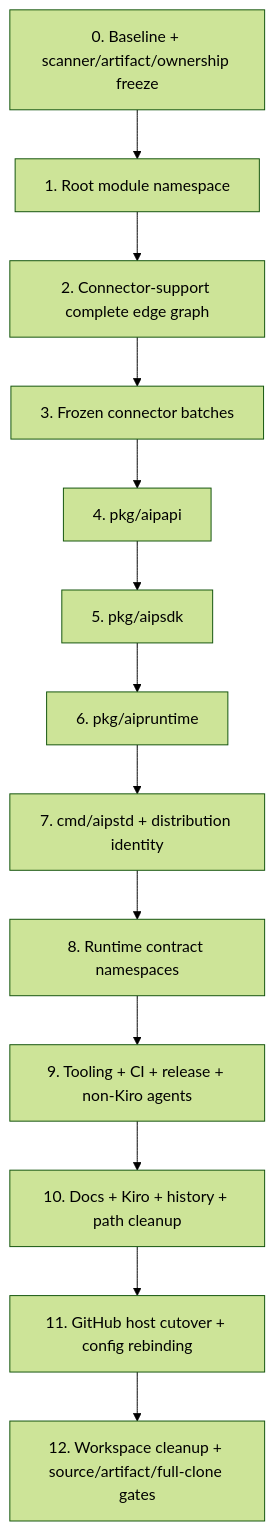
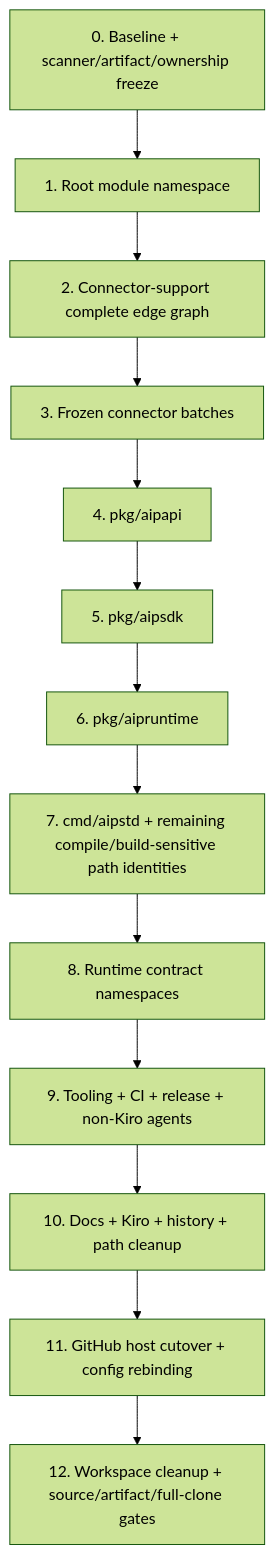
One commit to matdev83/go-llm-interactive-proxy changed the first of 5 diagrams in .kiro/specs/aiproxer-complete-rebranding/design.md. Above: the diagram before and after it, drawn with Mermaid (forest theme). The commit also changed other lines of this file and 4 other files, not shown here.

````diff
--- a/.kiro/specs/aiproxer-complete-rebranding/design.md
+++ b/.kiro/specs/aiproxer-complete-rebranding/design.md
@@ -97,15 +98,15 @@
 ```mermaid
 flowchart TD
     B[0. Baseline + scanner/artifact/ownership freeze] --> M[1. Root module namespace]
     M --> S[2. Connector-support complete edge graph]
     S --> C[3. Frozen connector batches]
     C --> API[4. pkg/aipapi]
     API --> SDK[5. pkg/aipsdk]
     SDK --> RT[6. pkg/aipruntime]
-    RT --> STD[7. cmd/aipstd + distribution identity]
+    RT --> STD[7. cmd/aipstd + remaining compile/build-sensitive path identities]
     STD --> RC[8. Runtime contract namespaces]
     RC --> TOOL[9. Tooling + CI + release + non-Kiro agents]
     TOOL --> DOC[10. Docs + Kiro + history + path cleanup]
     DOC --> HOST[11. GitHub host cutover + config rebinding]
     HOST --> FINAL[12. Workspace cleanup + source/artifact/full-clone gates]
 ```
````
